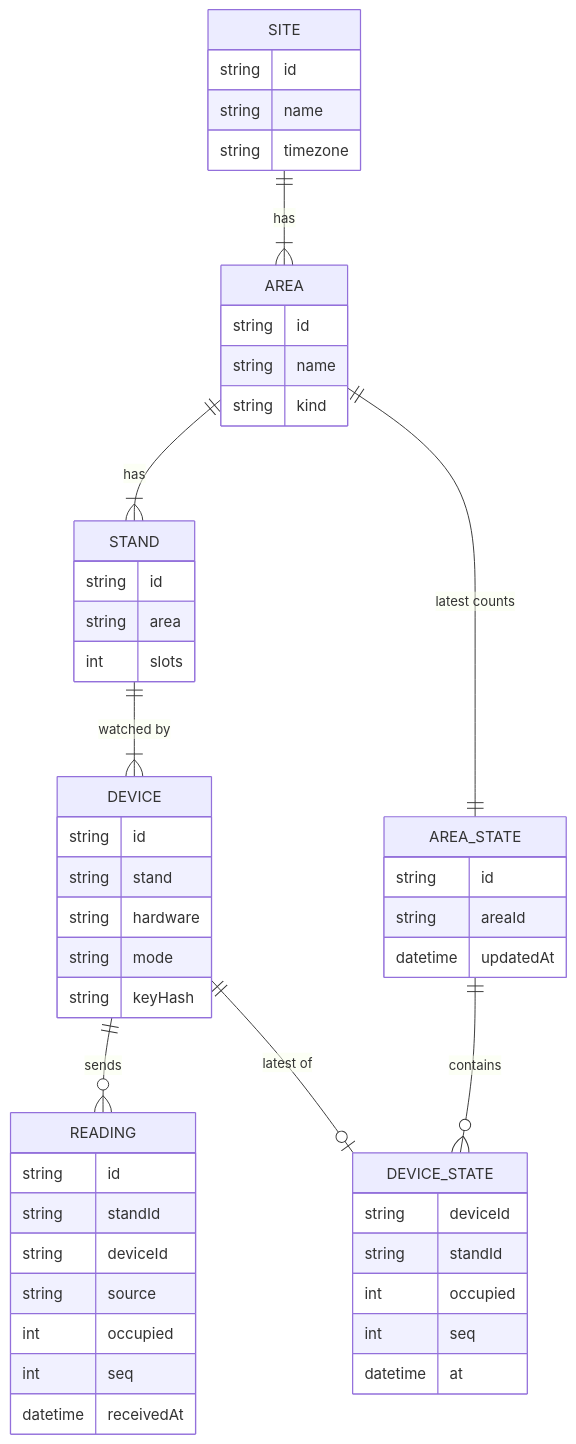
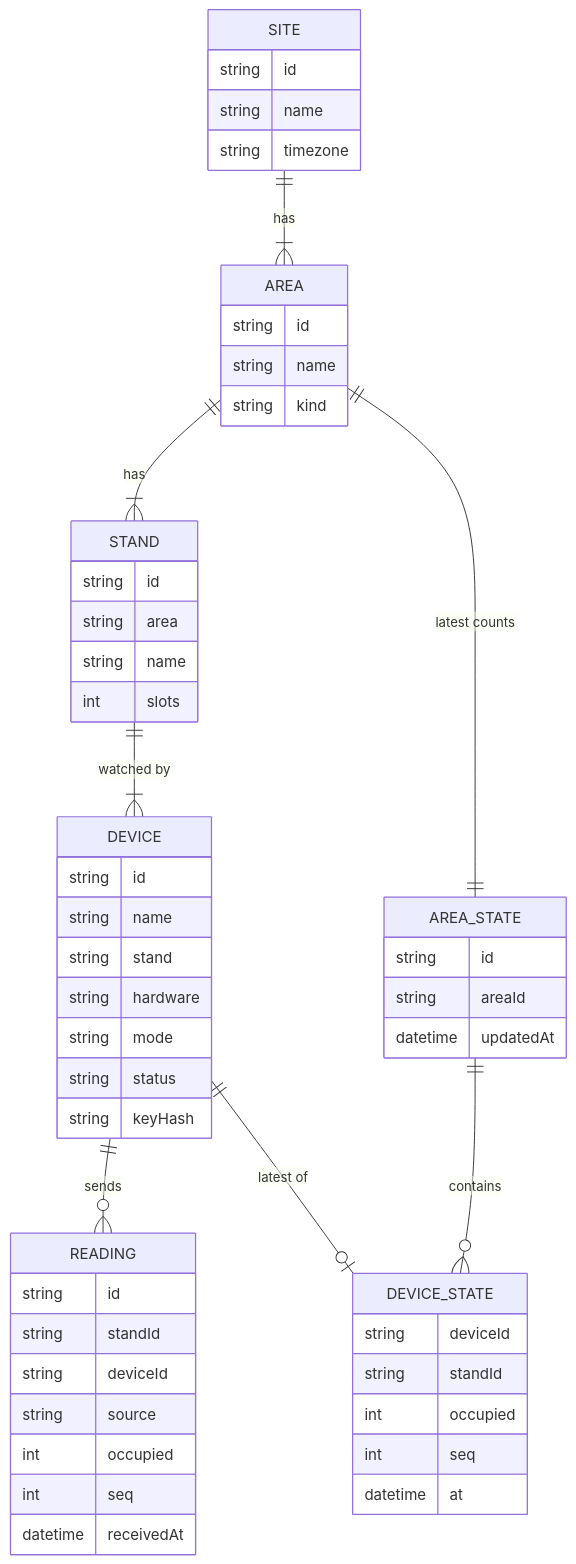
Before and after one commit to The-Booligans/slotinvaders: the second of 2 diagrams in documentation/architecture.md, drawn with Mermaid. The commit also changed other lines of this file and 10 other files, not shown here.

````diff
--- a/documentation/architecture.md
+++ b/documentation/architecture.md
@@ -307,53 +340,56 @@
 ```mermaid
 erDiagram
   SITE ||--|{ AREA : has
   AREA ||--|{ STAND : has
   STAND ||--|{ DEVICE : "watched by"
   DEVICE ||--o{ READING : sends
   AREA ||--|| AREA_STATE : "latest counts"
   AREA_STATE ||--o{ DEVICE_STATE : contains
   DEVICE ||--o| DEVICE_STATE : "latest of"
   SITE {
     string id
     string name
     string timezone
   }
   AREA {
     string id
     string name
     string kind
   }
   STAND {
     string id
     string area
+    string name
     int slots
   }
   DEVICE {
     string id
+    string name
     string stand
     string hardware
     string mode
+    string status
     string keyHash
   }
   READING {
     string id
     string standId
     string deviceId
     string source
     int occupied
     int seq
     datetime receivedAt
   }
   AREA_STATE {
     string id
     string areaId
     datetime updatedAt
   }
   DEVICE_STATE {
     string deviceId
     string standId
     int occupied
     int seq
     datetime at
   }
 ```
````
